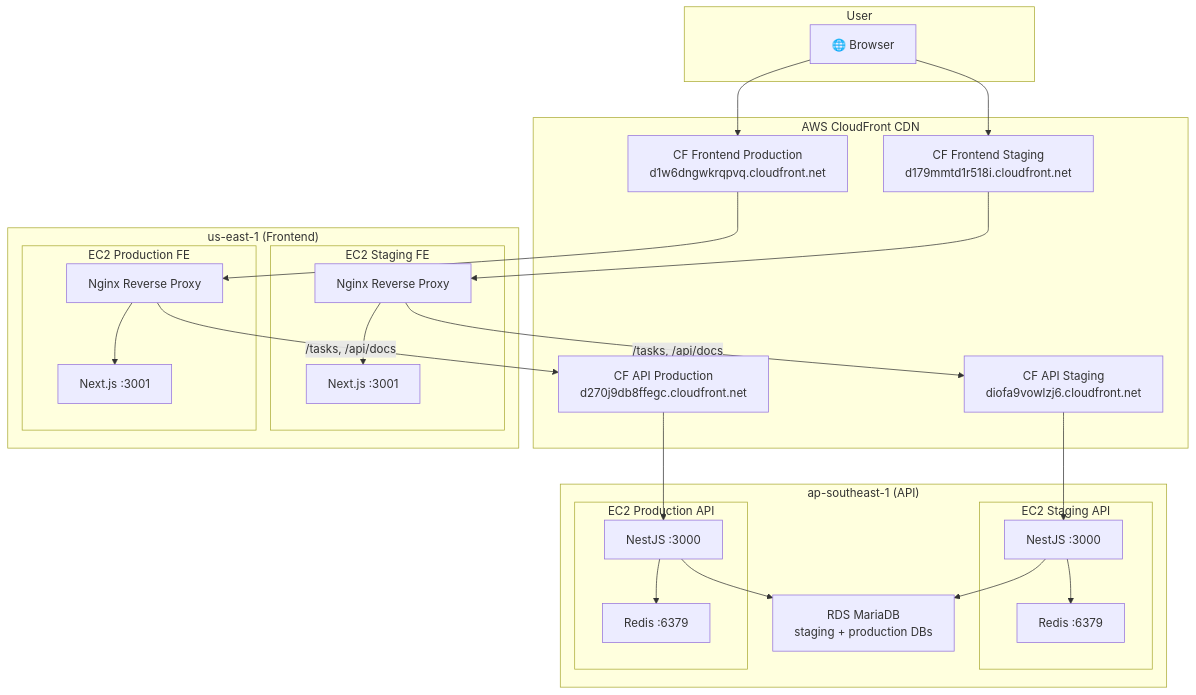
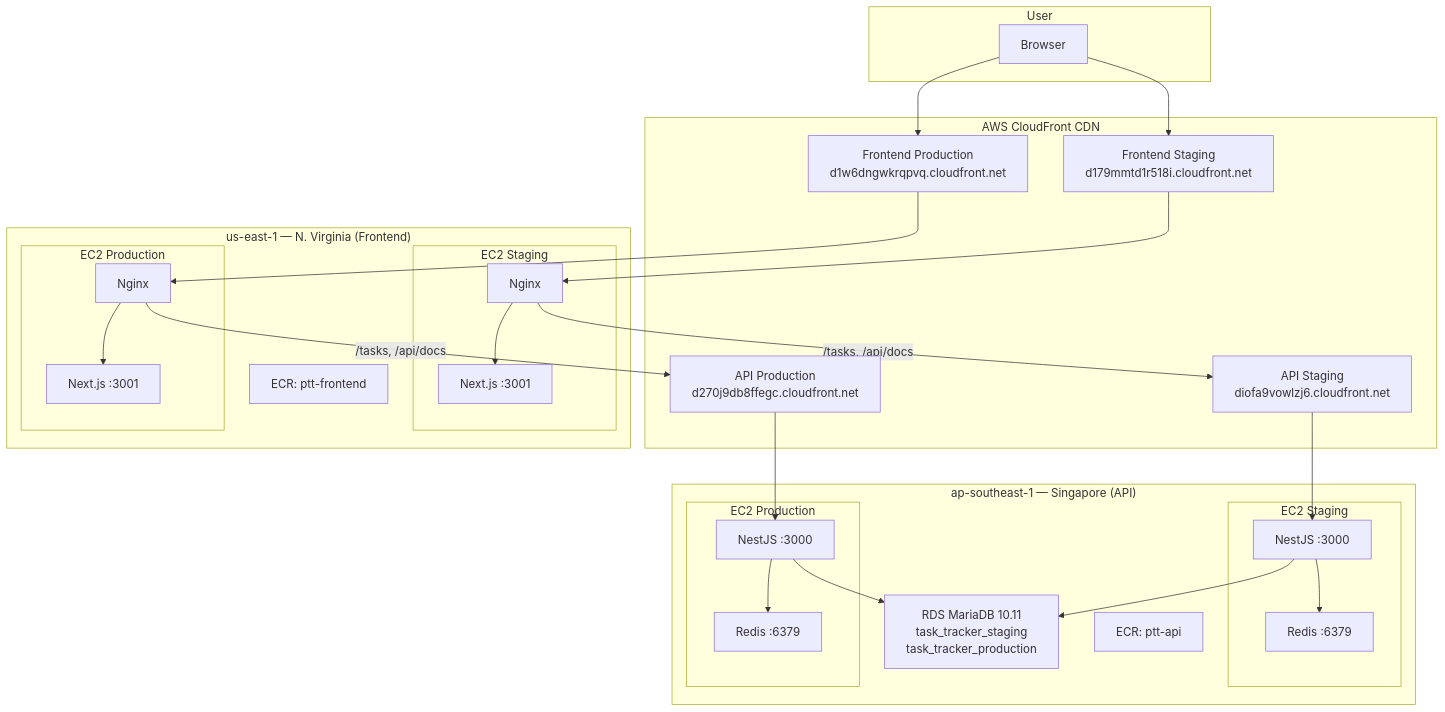
One commit to nurulizyansyaza/personal-task-tracker changed the third of 3 diagrams in README.md. Above: the diagram before and after it, drawn with Mermaid. The commit also changed other lines of this file and 2 other files, not shown here.

````diff
--- a/README.md
+++ b/README.md
@@ -7,48 +529,48 @@
 ```mermaid
 graph TB
-    subgraph "User"
-        Browser["🌐 Browser"]
-    end
+ subgraph "User"
+ Browser["Browser"]
+ end
 
-    subgraph "AWS CloudFront CDN"
-        CF_FE_S["CF Frontend Staging<br/>d179mmtd1r518i.cloudfront.net"]
-        CF_FE_P["CF Frontend Production<br/>d1w6dngwkrqpvq.cloudfront.net"]
-        CF_API_S["CF API Staging<br/>diofa9vowlzj6.cloudfront.net"]
-        CF_API_P["CF API Production<br/>d270j9db8ffegc.cloudfront.net"]
-    end
+ subgraph "AWS CloudFront CDN"
+ CF_FE_S["Frontend Staging<br/>d179mmtd1r518i.cloudfront.net"]
+ CF_FE_P["Frontend Production<br/>d1w6dngwkrqpvq.cloudfront.net"]
+ CF_API_S["API Staging<br/>diofa9vowlzj6.cloudfront.net"]
+ CF_API_P["API Production<br/>d270j9db8ffegc.cloudfront.net"]
+ end
 
-    subgraph "us-east-1 (Frontend)"
-        subgraph "EC2 Staging FE"
-            NGINX_S["Nginx Reverse Proxy"]
-            FE_S["Next.js :3001"]
-        end
-        subgraph "EC2 Production FE"
-            NGINX_P["Nginx Reverse Proxy"]
-            FE_P["Next.js :3001"]
-        end
-    end
+ subgraph "us-east-1 — N. Virginia (Frontend)"
+ subgraph "EC2 Staging"
+ NGINX_S["Nginx"]
+ FE_S["Next.js :3001"]
+ end
+ subgraph "EC2 Production"
+ NGINX_P["Nginx"]
+ FE_P["Next.js :3001"]
+ end
+ ECR_FE["ECR: ptt-frontend"]
+ end
 
-    subgraph "ap-southeast-1 (API)"
-        subgraph "EC2 Staging API"
-            API_S["NestJS :3000"]
-            REDIS_S["Redis :6379"]
-        end
-        subgraph "EC2 Production API"
-            API_P["NestJS :3000"]
-            REDIS_P["Redis :6379"]
-        end
-        RDS["RDS MariaDB<br/>staging + production DBs"]
-    end
+ subgraph "ap-southeast-1 — Singapore (API)"
+ subgraph "EC2 Staging "
+ API_S["NestJS :3000"]
+ REDIS_S["Redis :6379"]
+ end
+ subgraph "EC2 Production "
+ API_P["NestJS :3000"]
+ REDIS_P["Redis :6379"]
+ end
+ RDS["RDS MariaDB 10.11<br/>task_tracker_staging<br/>task_tracker_production"]
+ ECR_API["ECR: ptt-api"]
+ end
 
-    Browser --> CF_FE_S & CF_FE_P
-    CF_FE_S --> NGINX_S
-    CF_FE_P --> NGINX_P
-    NGINX_S --> FE_S
-    NGINX_S -->|"/tasks, /api/docs"| CF_API_S
-    NGINX_P --> FE_P
-    NGINX_P -->|"/tasks, /api/docs"| CF_API_P
-    CF_API_S --> API_S
-    CF_API_P --> API_P
-    API_S --> REDIS_S & RDS
-    API_P --> REDIS_P & RDS
+ Browser --> CF_FE_S & CF_FE_P
+ CF_FE_S --> NGINX_S --> FE_S
+ CF_FE_P --> NGINX_P --> FE_P
+ NGINX_S -->|"/tasks, /api/docs"| CF_API_S
+ NGINX_P -->|"/tasks, /api/docs"| CF_API_P
+ CF_API_S --> API_S
+ CF_API_P --> API_P
+ API_S --> REDIS_S & RDS
+ API_P --> REDIS_P & RDS
 ```
````
